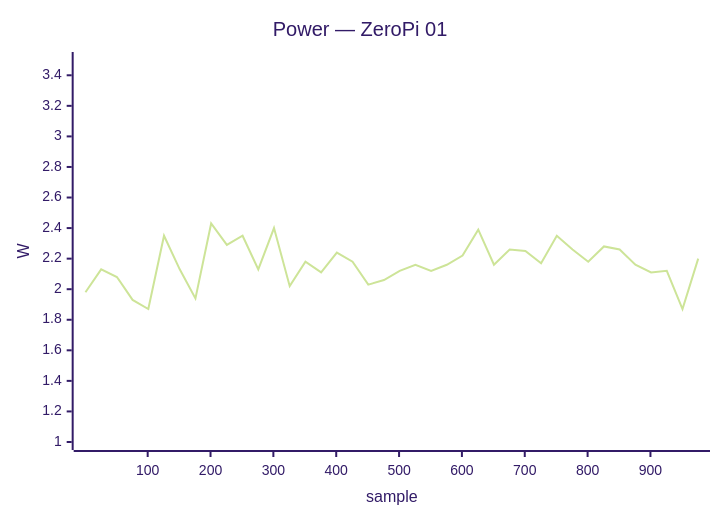
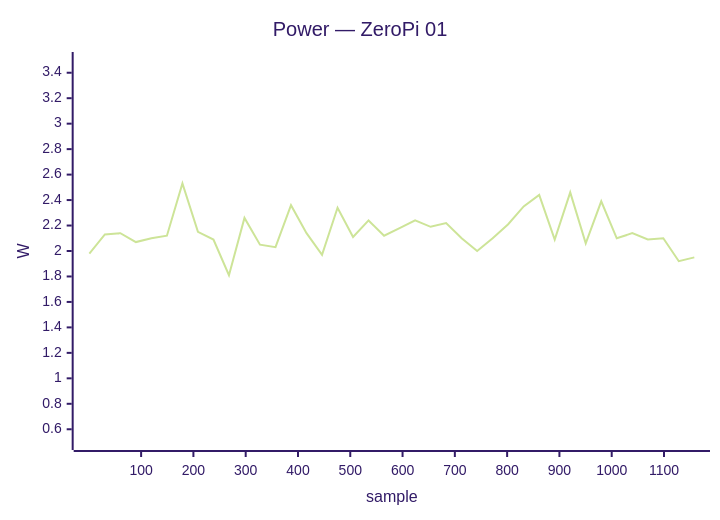
One commit to armbian/documentation changed diagram 32 of 32 in docs/status/board-tests.md. Above: the diagram before and after it, drawn with Mermaid (forest theme). The commit also changed other lines of this file, not shown here.

````diff
--- a/docs/status/board-tests.md
+++ b/docs/status/board-tests.md
@@ -1614,7 +1740,7 @@
 ```mermaid
 xychart-beta
     title "Power — ZeroPi 01"
-    x-axis "sample" 1 --> 976
-    y-axis "W" 1.0 --> 3.5
-    line [1.98, 2.13, 2.08, 1.93, 1.87, 2.35, 2.13, 1.94, 2.43, 2.29, 2.35, 2.13, 2.40, 2.02, 2.18, 2.11, 2.24, 2.18, 2.03, 2.06, 2.12, 2.16, 2.12, 2.16, 2.22, 2.39, 2.16, 2.26, 2.25, 2.17, 2.35, 2.26, 2.18, 2.28, 2.26, 2.16, 2.11, 2.12, 1.87, 2.20]
+    x-axis "sample" 1 --> 1158
+    y-axis "W" 0.5 --> 3.5
+    line [1.98, 2.13, 2.14, 2.07, 2.10, 2.12, 2.53, 2.15, 2.09, 1.81, 2.26, 2.05, 2.03, 2.36, 2.14, 1.97, 2.34, 2.11, 2.24, 2.12, 2.18, 2.24, 2.19, 2.22, 2.10, 2.00, 2.10, 2.21, 2.35, 2.44, 2.09, 2.46, 2.06, 2.39, 2.10, 2.14, 2.09, 2.10, 1.92, 1.95]
 ```
````
